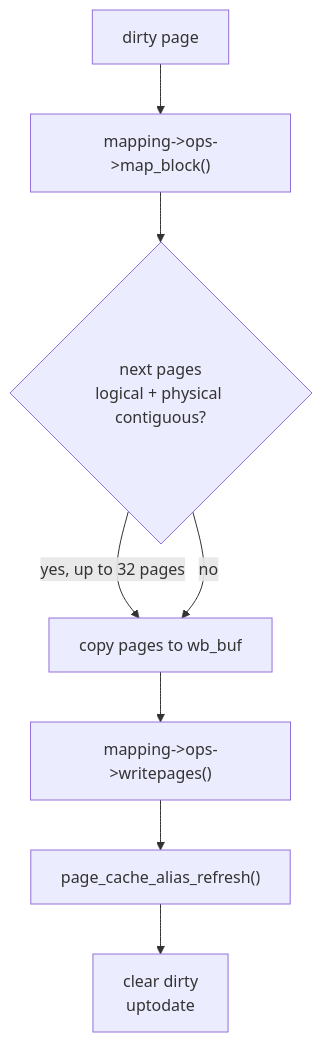
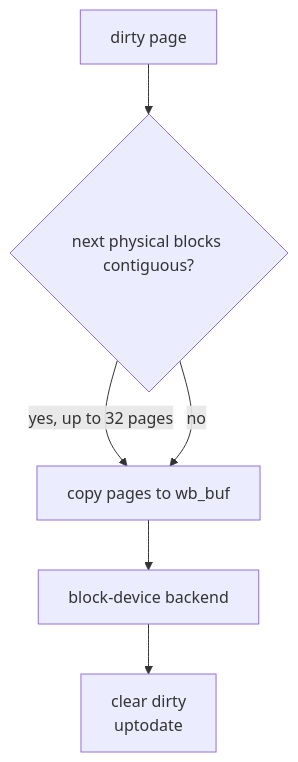
The second of 3 diagrams in docs/architecture/block.md (pillow-zx/CuteOS), drawn with Mermaid before and after one commit. The commit also changed other lines of this file and 32 other files, not shown here.

Commit message:
page cache: refactor page cache support

````diff
--- a/docs/architecture/block.md
+++ b/docs/architecture/block.md
@@ -206,15 +191,13 @@
 ```mermaid
 flowchart TD
     Dirty["dirty page"]
-    Map["mapping->ops->map_block()"]
-    Cluster{"next pages<br/>logical + physical contiguous?"}
+    Cluster{"next physical blocks contiguous?"}
     Buffer["copy pages to wb_buf"]
-    Write["mapping->ops->writepages()"]
-    Alias["page_cache_alias_refresh()"]
+    Write["block-device backend"]
     Clean["clear dirty<br/>uptodate"]
 
-    Dirty --> Map --> Cluster
+    Dirty --> Cluster
     Cluster -->|"yes, up to 32 pages"| Buffer
     Cluster -->|"no"| Buffer
-    Buffer --> Write --> Alias --> Clean
+    Buffer --> Write --> Clean
 ```
````
